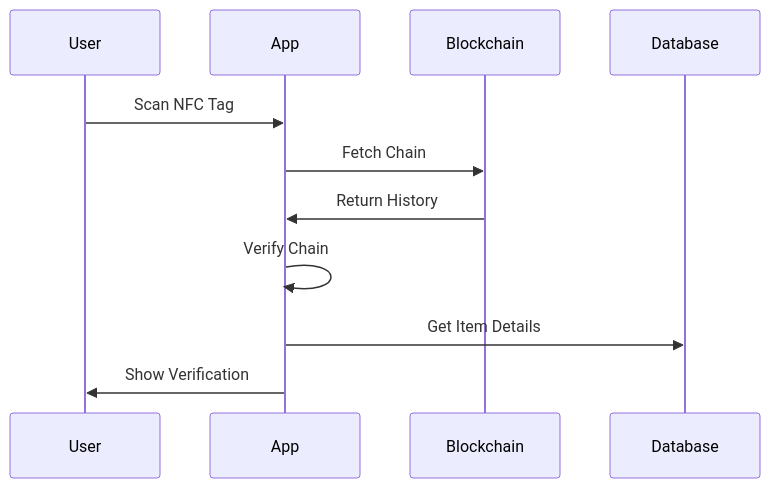
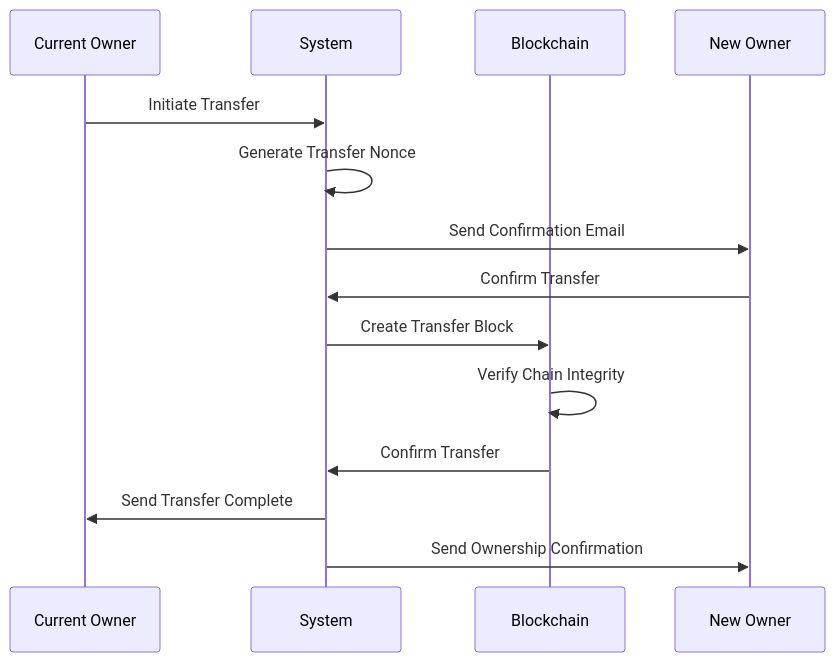
Before and after one commit to jiaweing/verify.supply.tf: the fourth of 4 diagrams in README.md, drawn with Mermaid. The commit also changed other lines of this file, not shown here.

````diff
--- a/README.md
+++ b/README.md
@@ -110,14 +94,17 @@
 ```mermaid
 sequenceDiagram
-    participant User
-    participant App
+    participant Current Owner
+    participant System
     participant Blockchain
-    participant Database
-
-    User->>App: Scan NFC Tag
-    App->>Blockchain: Fetch Chain
-    Blockchain->>App: Return History
-    App->>App: Verify Chain
-    App->>Database: Get Item Details
-    App->>User: Show Verification
+    participant New Owner
+    
+    Current Owner->>System: Initiate Transfer
+    System->>System: Generate Transfer Nonce
+    System->>New Owner: Send Confirmation Email
+    New Owner->>System: Confirm Transfer
+    System->>Blockchain: Create Transfer Block
+    Blockchain->>Blockchain: Verify Chain Integrity
+    Blockchain->>System: Confirm Transfer
+    System->>Current Owner: Send Transfer Complete
+    System->>New Owner: Send Ownership Confirmation
 ```
````
